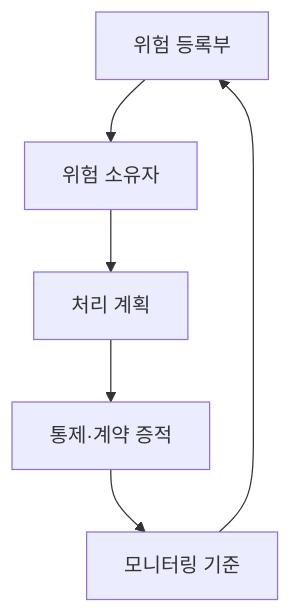
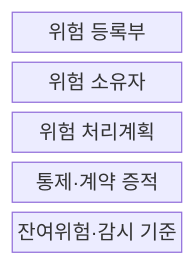
The first of 2 diagrams in src/content/docs/notes/05-security/109_risk_treatment.md (agnusdei1207/knowledge-base), drawn with Mermaid before and after one commit. The commit also changed other lines of this file and 6 other files, not shown here.

````diff
--- a/src/content/docs/notes/05-security/109_risk_treatment.md
+++ b/src/content/docs/notes/05-security/109_risk_treatment.md
@@ -50,8 +51,9 @@
 ```mermaid
-flowchart TB
-  R["위험 등록부"] --> O["위험 소유자"]
-  O --> P["처리 계획"]
-  P --> E["통제·계약 증적"]
-  E --> M["모니터링 기준"]
-  M --> R
+block-beta
+  columns 1
+  R["위험 등록부"]
+  O["위험 소유자"]
+  P["위험 처리계획"]
+  E["통제·계약 증적"]
+  M["잔여위험·감시 기준"]
 ```
````
